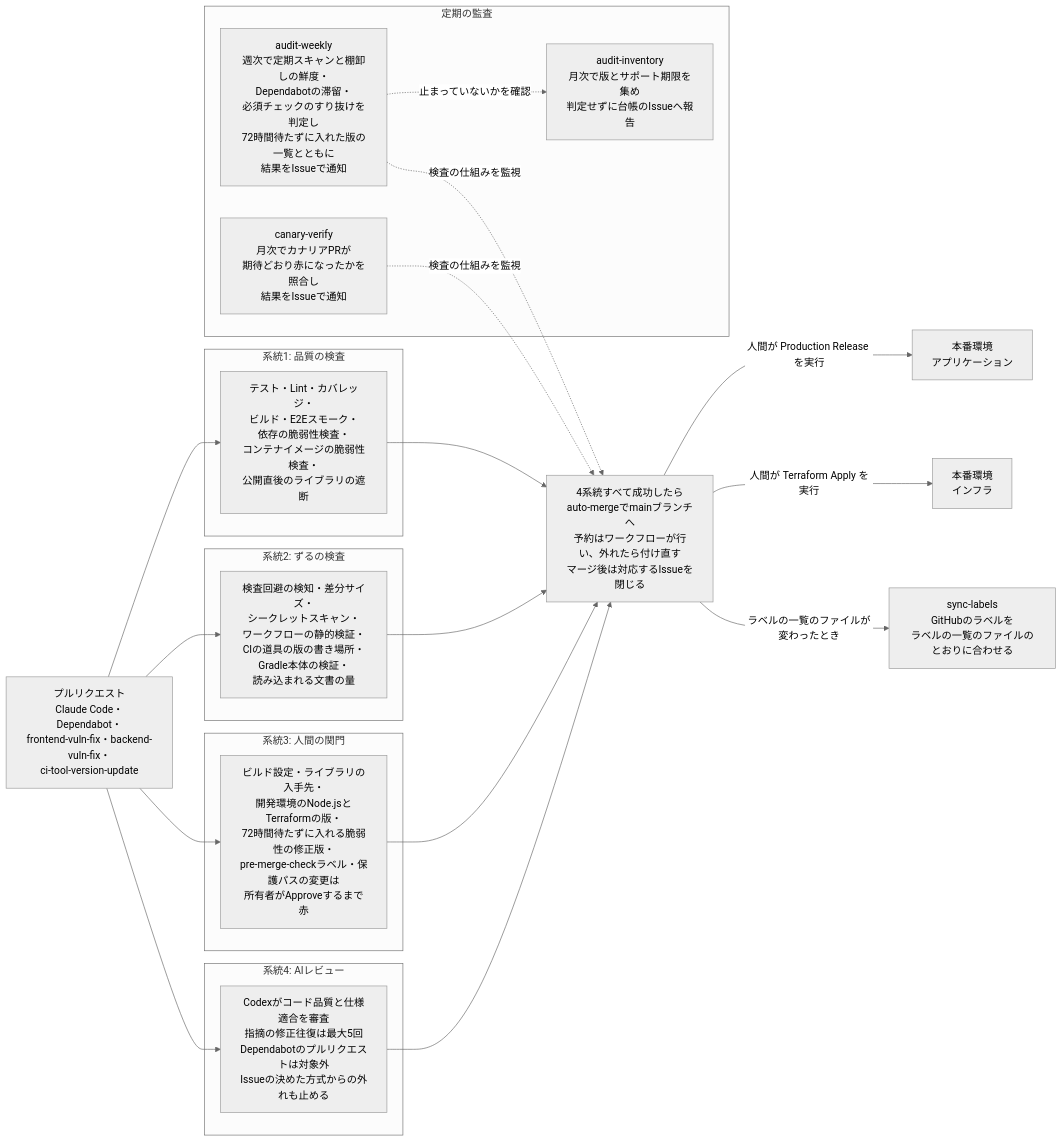
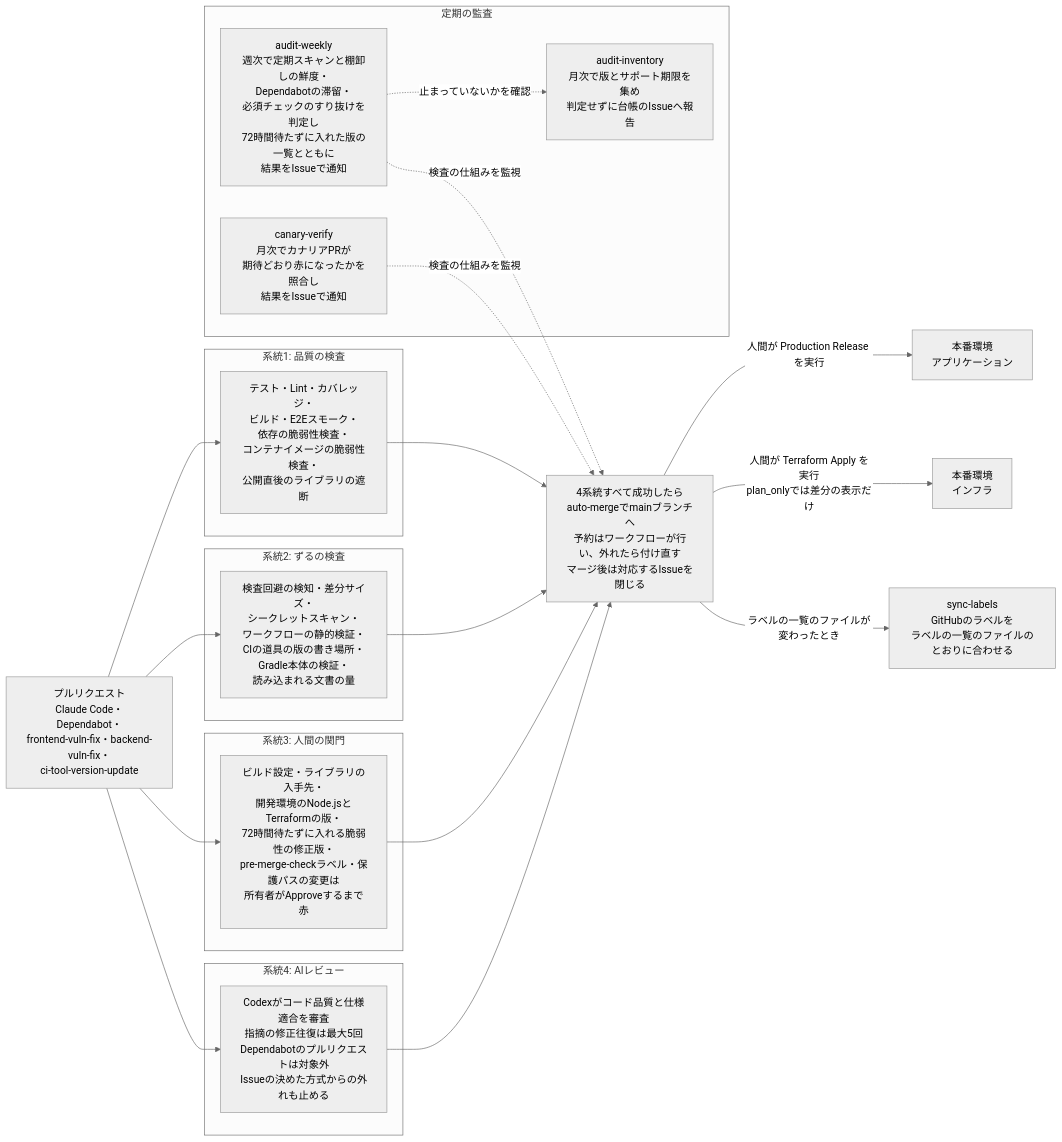
One commit to DogisRiki/KeirekiPro changed the first of 2 diagrams in README.md. Above: the diagram before and after it, drawn with Mermaid (neutral theme). The commit also changed other lines of this file and 2 other files, not shown here.

Commit message:
ci: terraform-apply で、本番に適用せずに差分だけを見られるようにする
Changes:
- terraform-apply.yaml の実行の画面に plan_only のチェックの欄を足した。チェックを付けて動かすと、差分をログに出したところで止まり、本番に適用しない。適用しなかったことを実行の概要に書く
- チェックを付けずに動かしたときは、これまでどおり差分を出したあとに適用する
- README のワークフローの一覧の表と図、ワークフロー設計.md に、この動かし方を足した

Reason:
Terraform の版を上げたとき(PR #737)に、本番に適用する前に、本番との差分が出ないことを確かめるため。
今の terraform-apply は差分を出すとそのまま適用まで進むので、差分だけを見ることができなかった。

BREAKING CHANGE: N/A
Related: N/A
Refs: #740

````diff
--- a/README.md
+++ b/README.md
@@ -53,37 +53,37 @@
 ```mermaid
 flowchart LR
     PR[プルリクエスト<br>Claude Code・Dependabot・<br>frontend-vuln-fix・backend-vuln-fix・<br>ci-tool-version-update]
 
     subgraph s1[系統1: 品質の検査]
         Q[テスト・Lint・カバレッジ・<br>ビルド・E2Eスモーク・<br>依存の脆弱性検査・<br>コンテナイメージの脆弱性検査・<br>公開直後のライブラリの遮断]
     end
     subgraph s2[系統2: ずるの検査]
         Z[検査回避の検知・差分サイズ・<br>シークレットスキャン・<br>ワークフローの静的検証・<br>CIの道具の版の書き場所・<br>Gradle本体の検証・<br>読み込まれる文書の量]
     end
     subgraph s3[系統3: 人間の関門]
         H[ビルド設定・ライブラリの入手先・<br>開発環境のNode.jsとTerraformの版・<br>72時間待たずに入れる脆弱性の修正版・<br>pre-merge-checkラベル・保護パスの変更は<br>所有者がApproveするまで赤]
     end
     subgraph s4[系統4: AIレビュー]
         A[Codexがコード品質と仕様適合を審査<br>指摘の修正往復は最大5回<br>Dependabotのプルリクエストは対象外<br>Issueの決めた方式からの外れも止める]
     end
 
     PR --> Q
     PR --> Z
     PR --> H
     PR --> A
 
     Q & Z & H & A --> M[4系統すべて成功したら<br>auto-mergeでmainブランチへ<br>予約はワークフローが行い、外れたら付け直す<br>マージ後は対応するIssueを閉じる]
 
     M -->|人間が Production Release を実行| App[本番環境<br>アプリケーション]
-    M -->|人間が Terraform Apply を実行| Infra[本番環境<br>インフラ]
+    M -->|人間が Terraform Apply を実行<br>plan_onlyでは差分の表示だけ| Infra[本番環境<br>インフラ]
     M -->|ラベルの一覧のファイルが変わったとき| Labels[sync-labels<br>GitHubのラベルを<br>ラベルの一覧のファイルのとおりに合わせる]
 
     subgraph s5[定期の監査]
         AW[audit-weekly<br>週次で定期スキャンと棚卸しの鮮度・<br>Dependabotの滞留・<br>必須チェックのすり抜けを判定し<br>72時間待たずに入れた版の一覧とともに<br>結果をIssueで通知]
         CV[canary-verify<br>月次でカナリアPRが<br>期待どおり赤になったかを照合し<br>結果をIssueで通知]
         AI[audit-inventory<br>月次で版とサポート期限を集め<br>判定せずに台帳のIssueへ報告]
     end
 
     AW & CV -.検査の仕組みを監視.-> M
     AW -.止まっていないかを確認.-> AI
 ```
````
